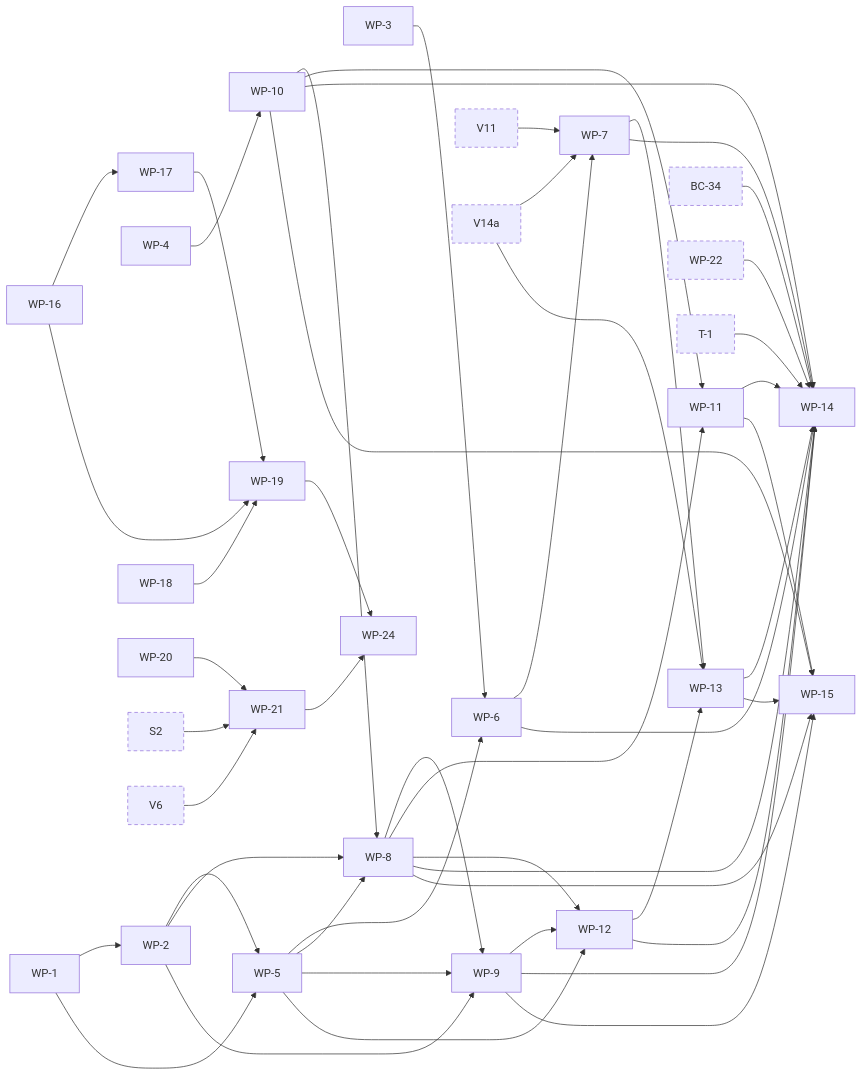
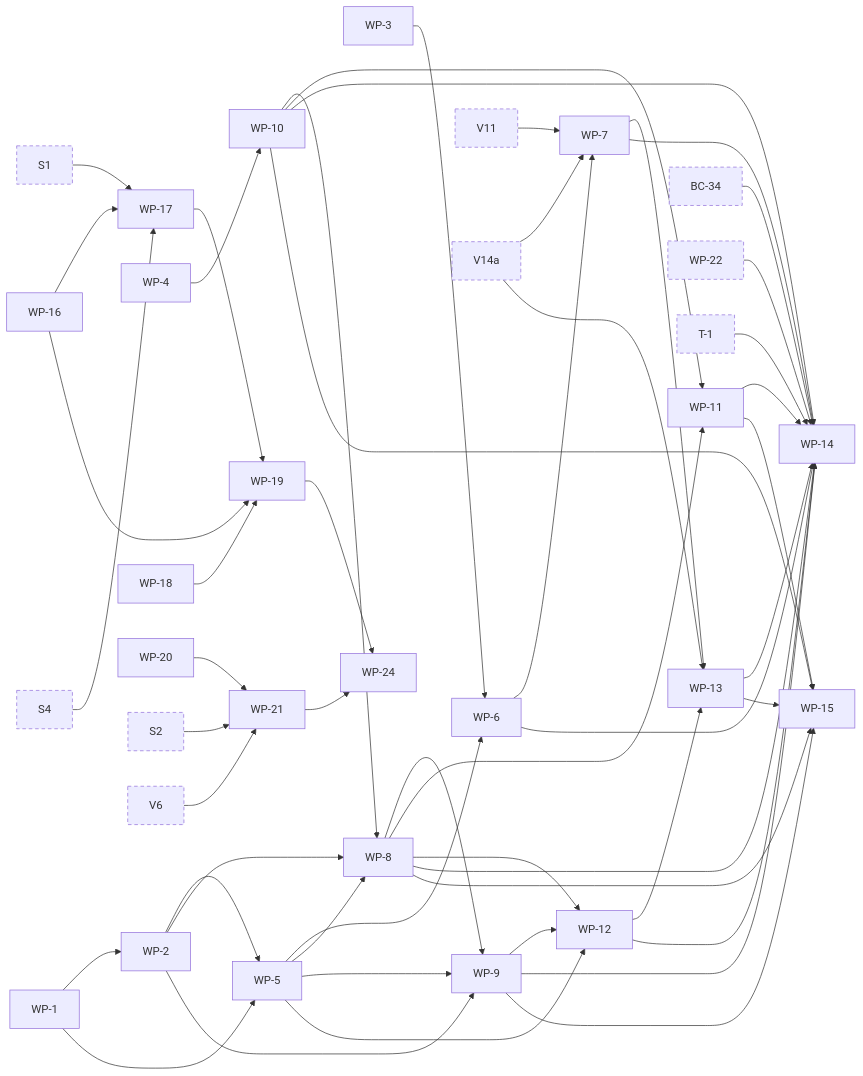
The eighth of 10 diagrams in docs/superpowers/plans/2026-10-13-phase-2/dependencies.md (jhoblitt/rgw-go), drawn with Mermaid before and after one commit. The commit also changed other lines of this file, not shown here.

First line of the commit message:
docs(plan): regenerate the phase 2 dependency graph for S4

```diff
--- a/docs/superpowers/plans/2026-10-13-phase-2/dependencies.md
+++ b/docs/superpowers/plans/2026-10-13-phase-2/dependencies.md
@@ -757,7 +761,9 @@
   t_WP_20["WP-20"]
   t_WP_21["WP-21"]
   t_WP_24["WP-24"]
+  t_S1["S1"]:::ext
   t_S2["S2"]:::ext
+  t_S4["S4"]:::ext
   t_V6["V6"]:::ext
   t_V11["V11"]:::ext
   t_V14a["V14a"]:::ext
@@ -803,6 +809,8 @@
   t_WP_10 --> t_WP_15
   t_WP_11 --> t_WP_15
   t_WP_13 --> t_WP_15
+  t_S1 --> t_WP_17
+  t_S4 --> t_WP_17
   t_WP_16 --> t_WP_17
   t_WP_16 --> t_WP_19
   t_WP_17 --> t_WP_19
@@ -834,7 +842,9 @@
   click t_WP_20 href "https://github.com/jhoblitt/rgw-go/blob/main/docs/superpowers/plans/2026-10-13-phase-2/WP-write-path.md#task-wp-20-object-layout" "WP-20: object layout"
   click t_WP_21 href "https://github.com/jhoblitt/rgw-go/blob/main/docs/superpowers/plans/2026-10-13-phase-2/WP-write-path.md#task-wp-21-get-layout" "WP-21: GET `?layout`"
   click t_WP_24 href "https://github.com/jhoblitt/rgw-go/blob/main/docs/superpowers/plans/2026-10-13-phase-2/WP-write-path.md#task-wp-24-layout-and-otp-gate" "WP-24: `?layout` and otp gate"
+  click t_S1 href "https://github.com/jhoblitt/rgw-go/blob/main/docs/superpowers/plans/2026-10-13-phase-2/00-index.md#task-s1-fakeradoss-rgw-class-as-method-tables" "S1: fakerados's rgw class as method tables"
   click t_S2 href "https://github.com/jhoblitt/rgw-go/blob/main/docs/superpowers/plans/2026-10-13-phase-2/00-index.md#task-s2-route-sets-per-feature-and-the-env-slots" "S2: route sets per feature and the Env slots"
+  click t_S4 href "https://github.com/jhoblitt/rgw-go/blob/main/docs/superpowers/plans/2026-10-13-phase-2/00-index.md#task-s4-fakerados-refuses-an-unregistered-class-method-at-op-setup" "S4: fakerados refuses an unregistered class method at op setup"
   click t_V6 href "https://github.com/jhoblitt/rgw-go/blob/main/docs/superpowers/plans/2026-10-13-phase-2/V-versioning.md#task-v6-driver-reads-follow-the-olh-attrs-on-a-version" "V6: driver, reads follow the OLH; attrs on a version"
   click t_V11 href "https://github.com/jhoblitt/rgw-go/blob/main/docs/superpowers/plans/2026-10-13-phase-2/V-versioning.md#task-v11-op-and-s3-versioned-writes" "V11: op and s3, versioned writes"
   click t_V14a href "https://github.com/jhoblitt/rgw-go/blob/main/docs/superpowers/plans/2026-10-13-phase-2/V-versioning.md#task-v14a-op-and-s3-versioned-reads" "V14a: op and s3, versioned reads"
```
